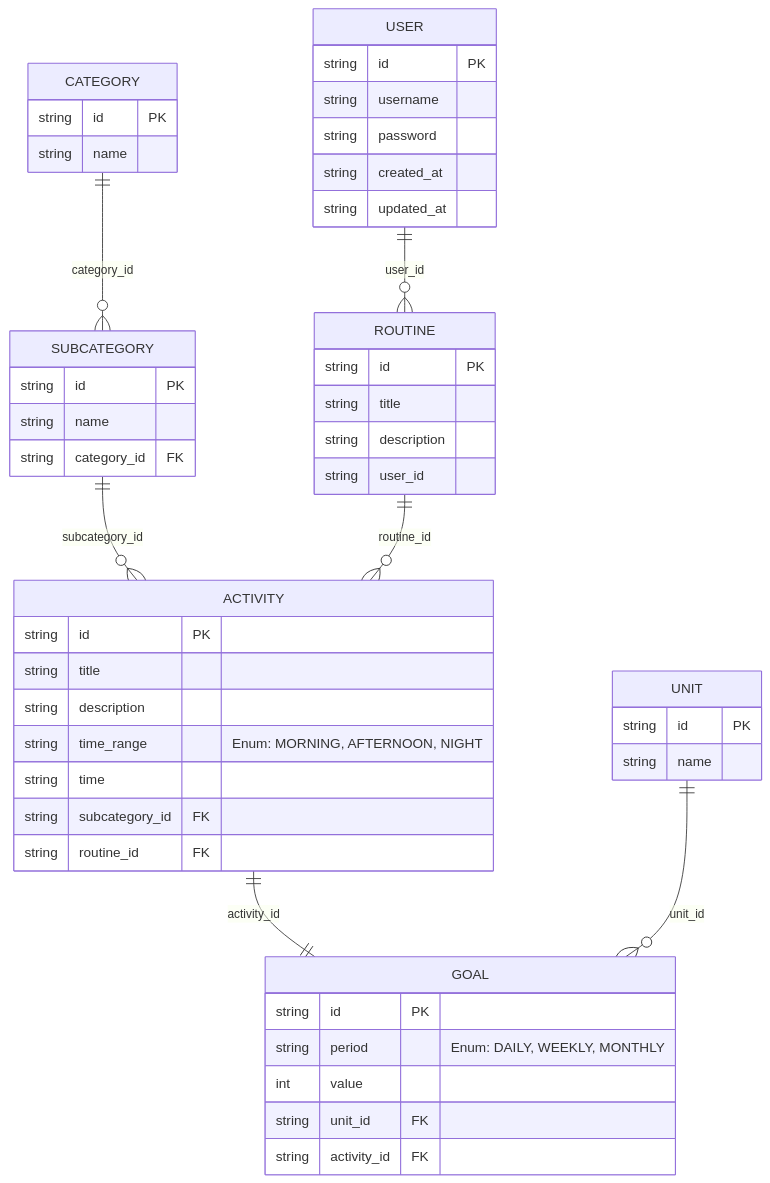
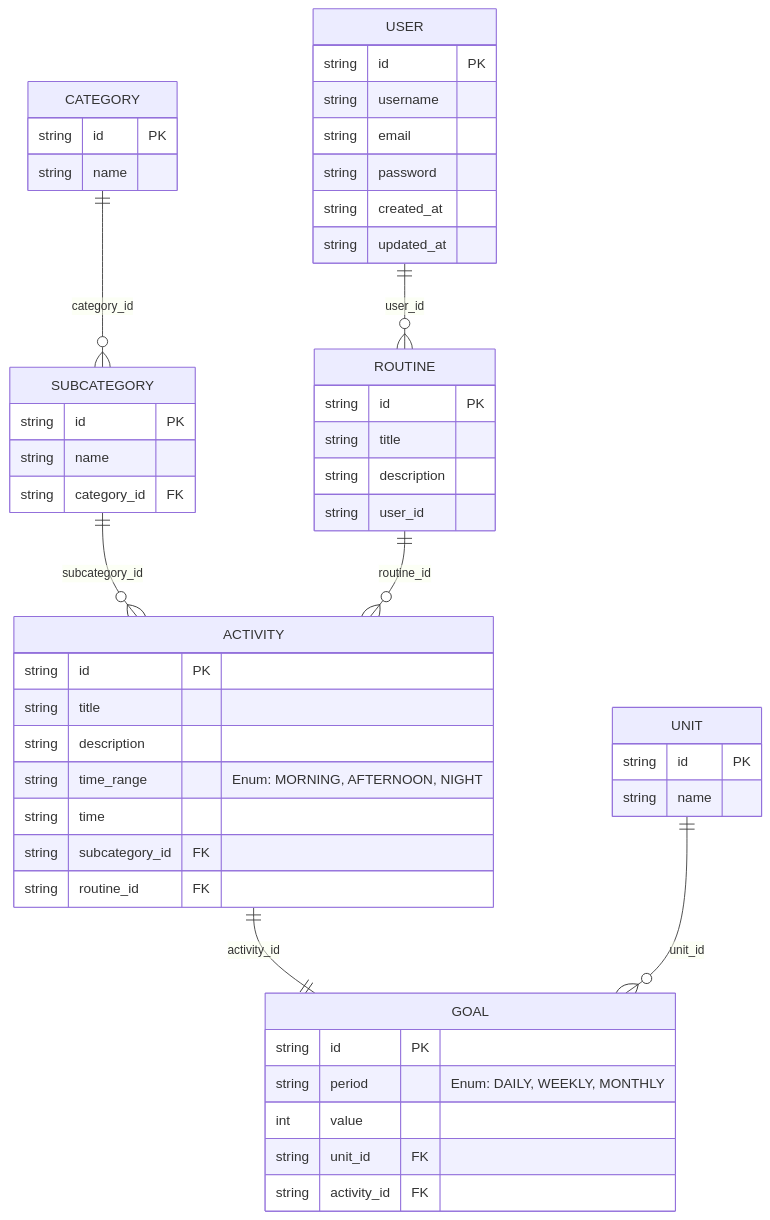
One commit to No-Country-simulation/c24-34-t-webapp changed the diagram in README.md. Above: the diagram before and after it, drawn with Mermaid. The commit also changed 1 other file, not shown here.

Commit message:
update: add email field

````diff
--- a/README.md
+++ b/README.md
@@ -21,58 +21,59 @@
 ```mermaid
 erDiagram
     USER {
         string id PK
         string username
+        string email
         string password
         string created_at
         string updated_at
     }
 
     CATEGORY {
         string id PK
         string name
     }
 
     SUBCATEGORY {
         string id PK
         string name
         string category_id FK
     }
 
     ACTIVITY {
         string id PK
         string title
         string description
         string time_range "Enum: MORNING, AFTERNOON, NIGHT"
         string time
         string subcategory_id FK
         string routine_id FK
     }
 
     GOAL {
         string id PK
         string period "Enum: DAILY, WEEKLY, MONTHLY"
         int value
         string unit_id FK
         string activity_id FK
     }
 
     UNIT {
         string id PK
         string name
     }
 
     ROUTINE {
         string id PK
         string title
         string description
         string user_id
     }
 
     CATEGORY ||--o{ SUBCATEGORY : "category_id"
     SUBCATEGORY ||--o{ ACTIVITY : "subcategory_id"
     ACTIVITY ||--|| GOAL : "activity_id"
     UNIT ||--o{ GOAL : "unit_id"
     ROUTINE ||--o{ ACTIVITY : "routine_id"
     USER ||--o{ ROUTINE : "user_id"
 ```
````
